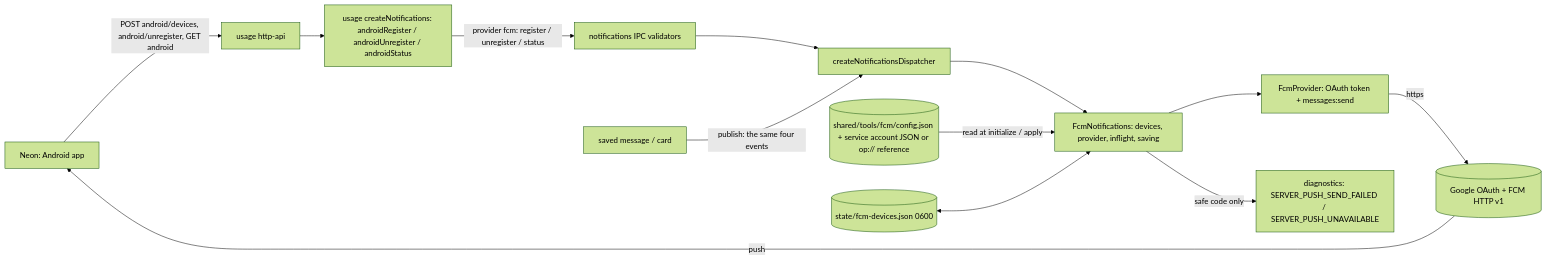
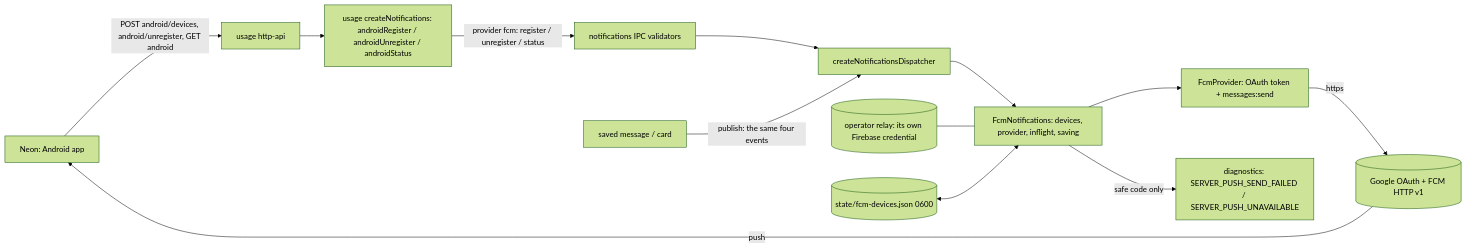
One commit to kitepon/BellTeam changed the first of 3 diagrams in docs/architecture/modules/usage/fcm-push.md. Above: the diagram before and after it, drawn with Mermaid (forest theme). The commit also changed other lines of this file and 41 other files, not shown here.

````diff
--- a/docs/architecture/modules/usage/fcm-push.md
+++ b/docs/architecture/modules/usage/fcm-push.md
@@ -19,15 +19,15 @@
 ```mermaid
 flowchart LR
   Neon[Neon: Android app] -->|POST android/devices, android/unregister, GET android| Http[usage http-api]
   Http --> Facade[usage createNotifications: androidRegister / androidUnregister / androidStatus]
   Facade -->|provider fcm: register / unregister / status| Ipc[notifications IPC validators]
   Ipc --> Disp[createNotificationsDispatcher]
   Saved[saved message / card] -->|publish: the same four events| Disp
   Disp --> Fcm[FcmNotifications: devices, provider, inflight, saving]
   Fcm --> Prov[FcmProvider: OAuth token + messages:send]
   Prov -->|https| Google[(Google OAuth + FCM HTTP v1)]
   Google -->|push| Neon
-  Cfg[(shared/tools/fcm/config.json + service account JSON or op:// reference)] -->|read at initialize / apply| Fcm
+  Rel[(operator relay: its own Firebase credential)] --- Fcm
   Dev[(state/fcm-devices.json 0600)] <--> Fcm
   Fcm -->|safe code only| Diag[diagnostics: SERVER_PUSH_SEND_FAILED / SERVER_PUSH_UNAVAILABLE]
 ```
````
